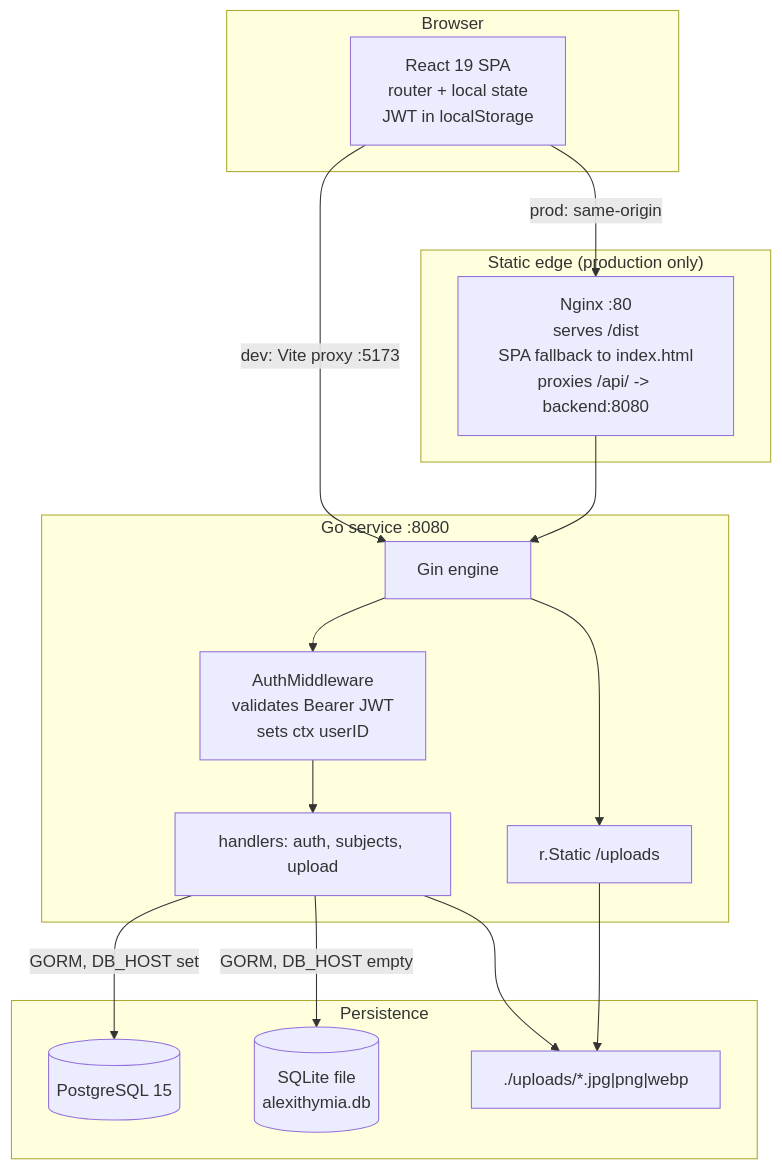
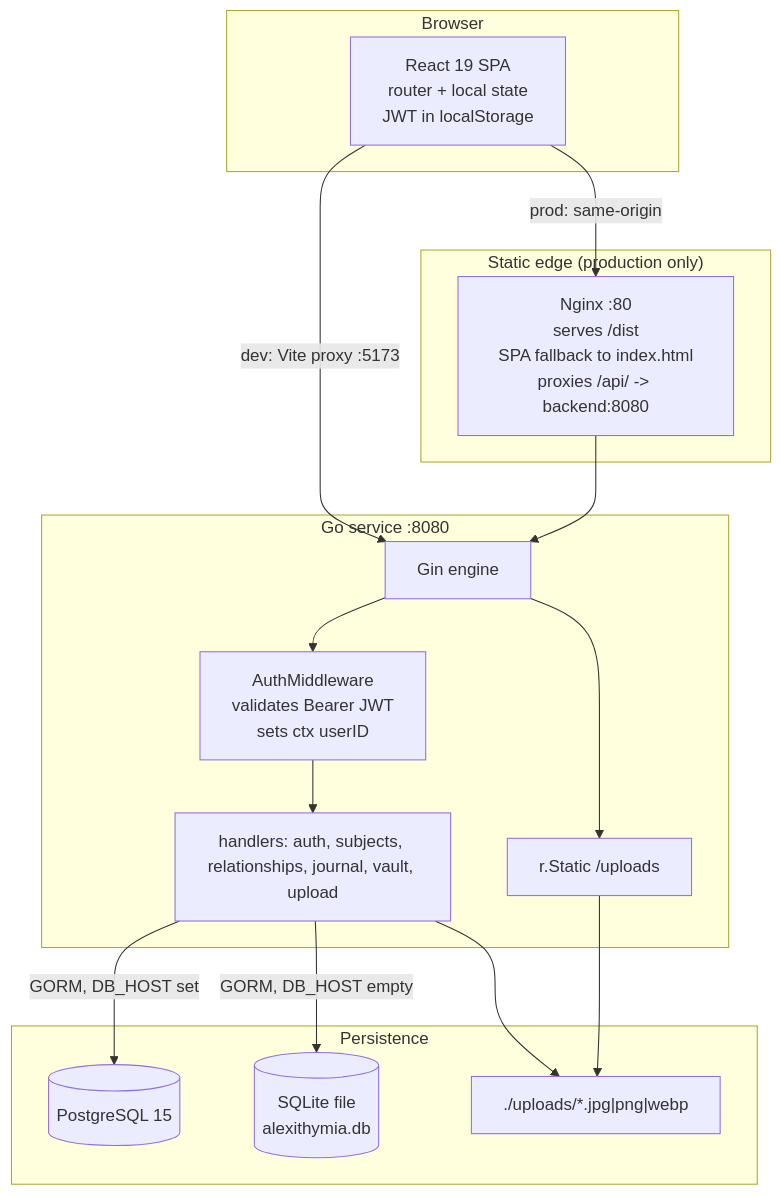
The first of 3 diagrams in docs/02-architecture.md (SirGrandmasterr/AlexithymiaLoveQuantifier), drawn with Mermaid before and after one commit. The commit also changed other lines of this file and 200 other files, not shown here.

````diff
--- a/docs/02-architecture.md
+++ b/docs/02-architecture.md
@@ -9,32 +9,32 @@
 ```mermaid
 graph TB
     subgraph client["Browser"]
         SPA["React 19 SPA<br/>router + local state<br/>JWT in localStorage"]
     end
 
     subgraph edge["Static edge (production only)"]
         NGINX["Nginx :80<br/>serves /dist<br/>SPA fallback to index.html<br/>proxies /api/ -> backend:8080"]
     end
 
     subgraph api["Go service :8080"]
         GIN["Gin engine"]
         MW["AuthMiddleware<br/>validates Bearer JWT<br/>sets ctx userID"]
-        H["handlers: auth, subjects, upload"]
+        H["handlers: auth, subjects, relationships, journal, vault, upload"]
         STATIC["r.Static /uploads"]
     end
 
     subgraph store["Persistence"]
         PG[("PostgreSQL 15")]
         SQLITE[("SQLite file<br/>alexithymia.db")]
         DISK["./uploads/*.jpg|png|webp"]
     end
 
     SPA -->|"dev: Vite proxy :5173"| GIN
     SPA -->|"prod: same-origin"| NGINX
     NGINX --> GIN
     GIN --> MW --> H
     GIN --> STATIC --> DISK
     H -->|"GORM, DB_HOST set"| PG
     H -->|"GORM, DB_HOST empty"| SQLITE
     H --> DISK
 ```
````
